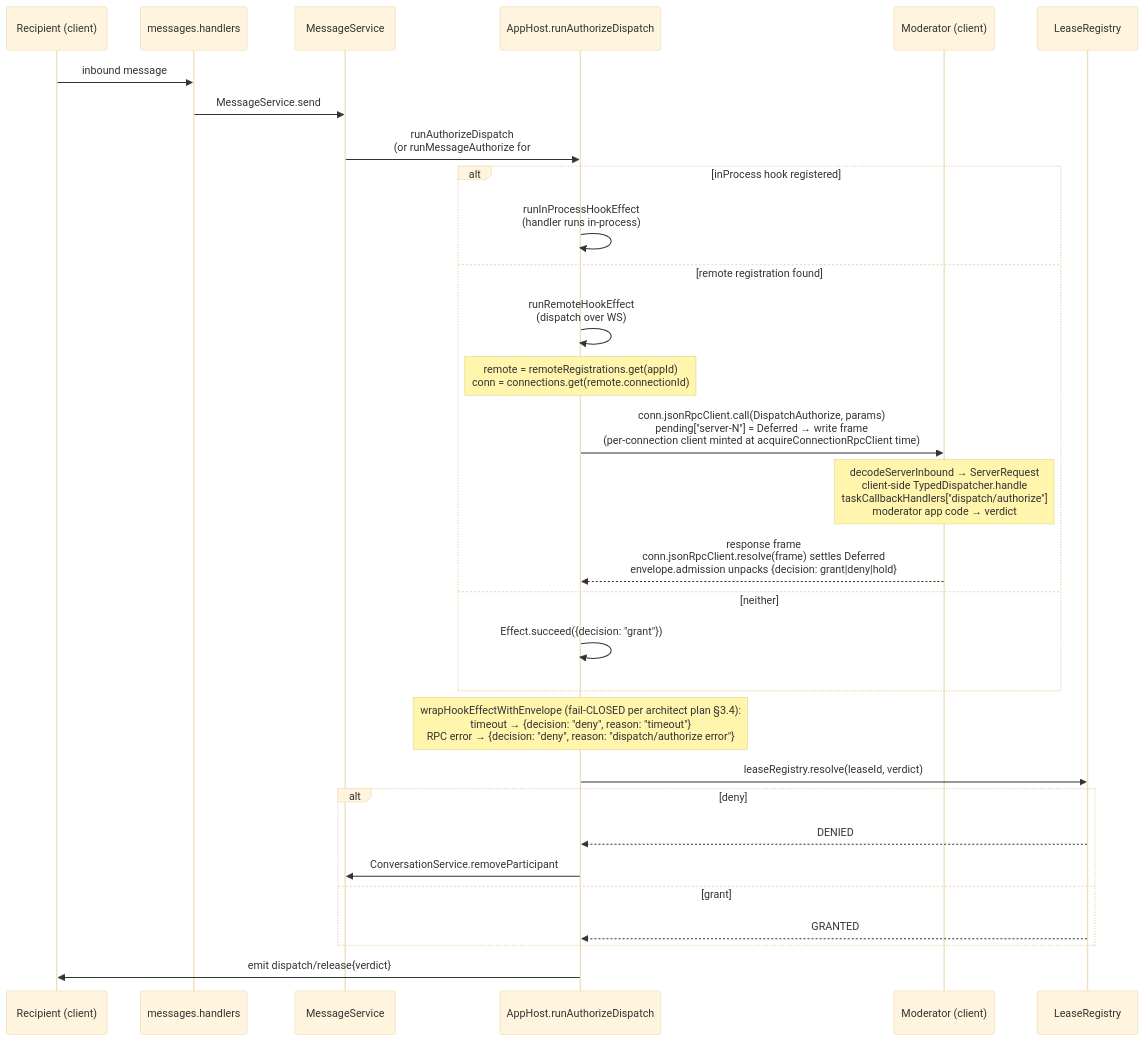
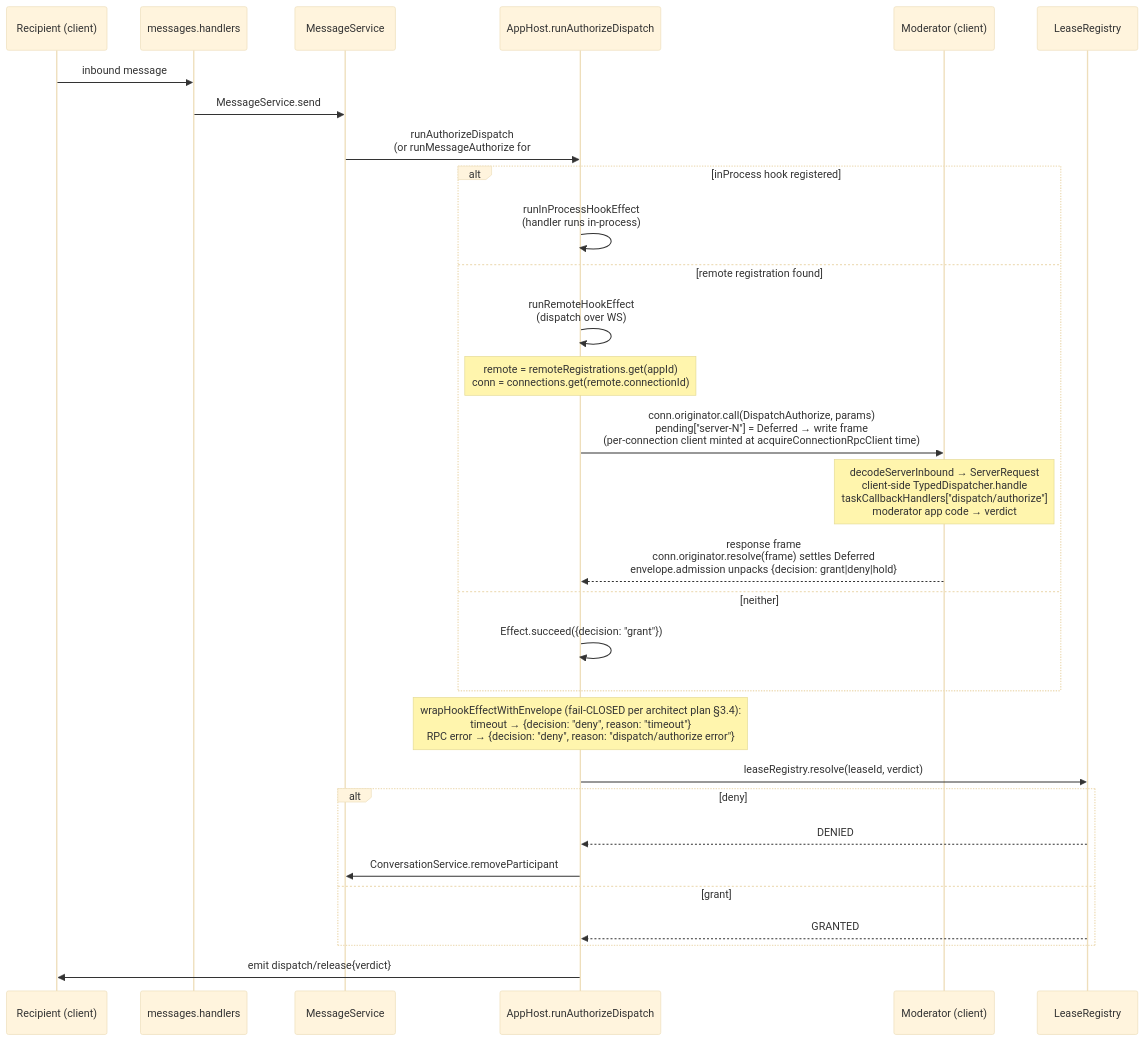
The diagram in packages/server/docs/architecture/04-server-initiated-callback.md (chughtapan/moltzap), drawn with Mermaid (base theme) before and after one commit. The commit also changed 4 other files, not shown here.

````diff
--- a/packages/server/docs/architecture/04-server-initiated-callback.md
+++ b/packages/server/docs/architecture/04-server-initiated-callback.md
@@ -10,36 +10,36 @@
 ```mermaid
 sequenceDiagram
     participant Recv as Recipient (client)
     participant MH as messages.handlers
     participant MS as MessageService
     participant AH as AppHost.runAuthorizeDispatch
     participant Mod as Moderator (client)
     participant LR as LeaseRegistry
 
     Recv->>MH: inbound message
     MH->>MS: MessageService.send
     MS->>AH: runAuthorizeDispatch<br>(or runMessageAuthorize for #560 path)
 
     alt inProcess hook registered
         AH->>AH: runInProcessHookEffect<br>(handler runs in-process)
     else remote registration found
         AH->>AH: runRemoteHookEffect<br>(dispatch over WS)
         Note over AH: remote = remoteRegistrations.get(appId)<br>conn = connections.get(remote.connectionId)
-        AH->>Mod: conn.jsonRpcClient.call(DispatchAuthorize, params)<br>pending["server-N"] = Deferred → write frame<br>(per-connection client minted at acquireConnectionRpcClient time)
+        AH->>Mod: conn.originator.call(DispatchAuthorize, params)<br>pending["server-N"] = Deferred → write frame<br>(per-connection client minted at acquireConnectionRpcClient time)
         Note over Mod: decodeServerInbound → ServerRequest<br>client-side TypedDispatcher.handle<br>taskCallbackHandlers["dispatch/authorize"]<br>moderator app code → verdict
-        Mod-->>AH: response frame<br>conn.jsonRpcClient.resolve(frame) settles Deferred<br>envelope.admission unpacks {decision: grant|deny|hold}
+        Mod-->>AH: response frame<br>conn.originator.resolve(frame) settles Deferred<br>envelope.admission unpacks {decision: grant|deny|hold}
     else neither
         AH->>AH: Effect.succeed({decision: "grant"})
     end
 
     Note over AH: wrapHookEffectWithEnvelope (fail-CLOSED per architect plan §3.4):<br>timeout → {decision: "deny", reason: "timeout"}<br>RPC error → {decision: "deny", reason: "dispatch/authorize error"}
 
     AH->>LR: leaseRegistry.resolve(leaseId, verdict)
     alt deny
         LR-->>AH: DENIED
         AH->>MS: ConversationService.removeParticipant
     else grant
         LR-->>AH: GRANTED
     end
     AH->>Recv: emit dispatch/release{verdict}
 ```
````
